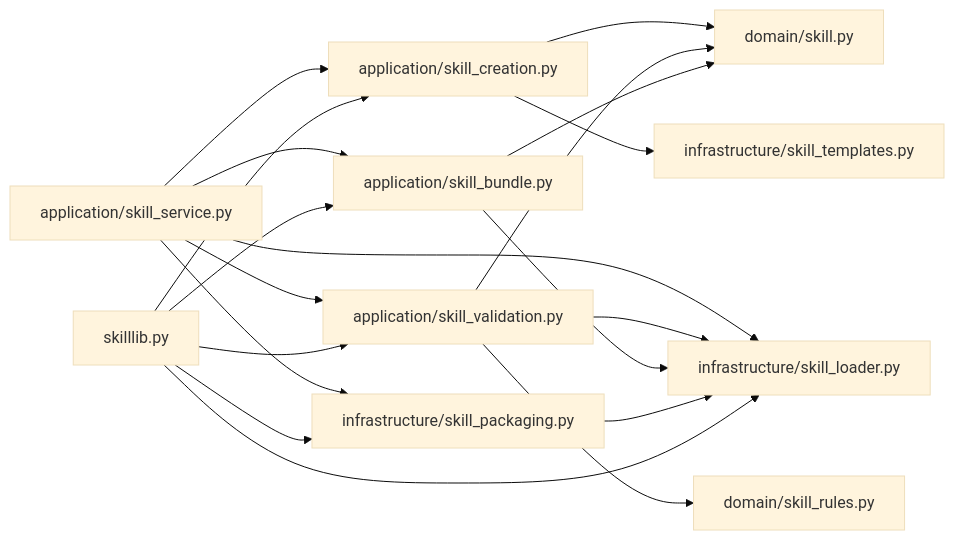
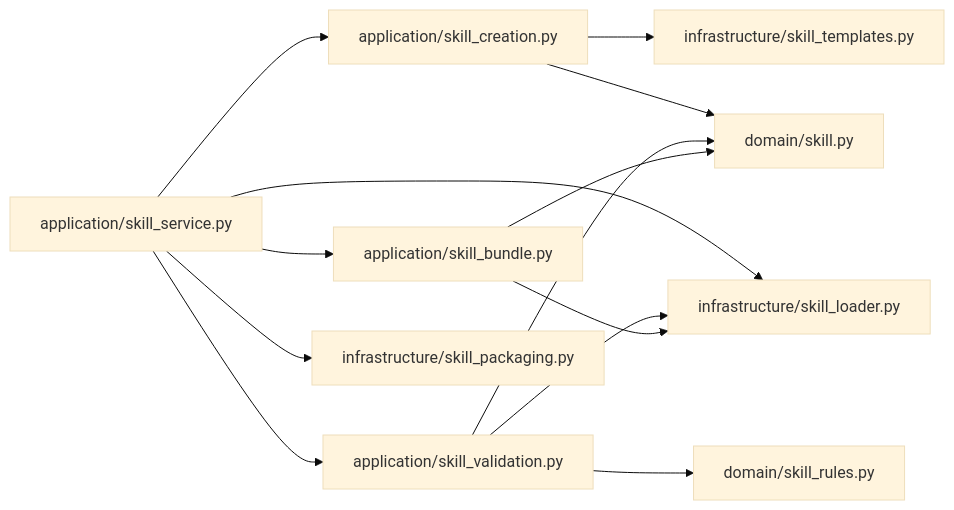
Before and after one commit to nyml2003/work-context: the fifth of 5 diagrams in docs/architecture.md, drawn with Mermaid (base theme). The commit also changed other lines of this file and 17 other files, not shown here.

Commit message:
Refine architecture docs and add docstrings

````diff
--- a/docs/architecture.md
+++ b/docs/architecture.md
@@ -299,32 +300,25 @@
 ```mermaid
 flowchart LR
     SkillService["application/skill_service.py"]
     Creation["application/skill_creation.py"]
     Validation["application/skill_validation.py"]
     Bundle["application/skill_bundle.py"]
+    Loader["infrastructure/skill_loader.py"]
+    Packaging["infrastructure/skill_packaging.py"]
+    Templates["infrastructure/skill_templates.py"]
     SkillDomain["domain/skill.py"]
     Rules["domain/skill_rules.py"]
-    Loader["infrastructure/skill_loader.py"]
-    Templates["infrastructure/skill_templates.py"]
-    Packaging["infrastructure/skill_packaging.py"]
-    Compat["skilllib.py"]
 
     SkillService --> Creation
     SkillService --> Validation
     SkillService --> Bundle
     SkillService --> Loader
     SkillService --> Packaging
+    Creation --> Templates
     Creation --> SkillDomain
-    Creation --> Templates
     Validation --> Loader
     Validation --> Rules
     Validation --> SkillDomain
+    Bundle --> Loader
     Bundle --> SkillDomain
-    Bundle --> Loader
-    Packaging --> Loader
-    Compat --> Creation
-    Compat --> Validation
-    Compat --> Bundle
-    Compat --> Loader
-    Compat --> Packaging
 ```
````
